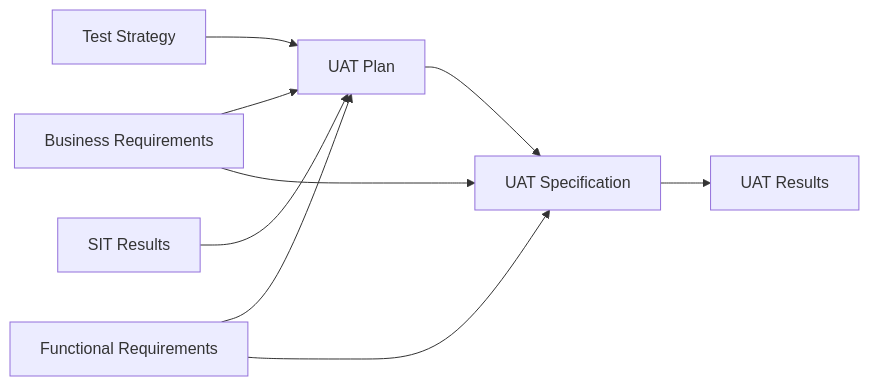
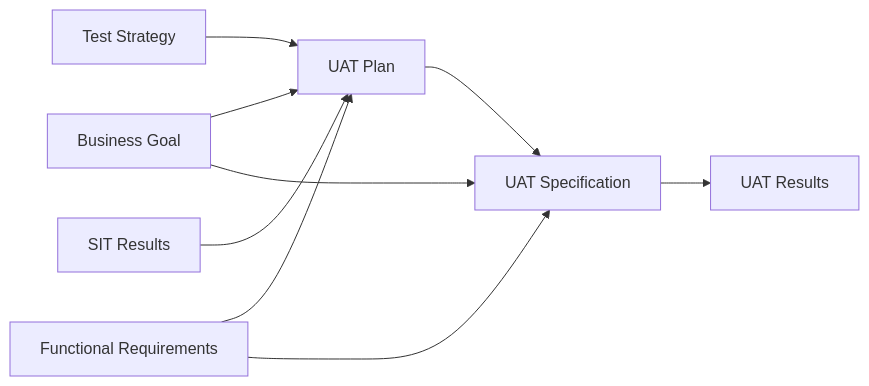
Diagram 14 of 15 in specs/artifact-relationships.md (mahitotsu/ukiyoue), drawn with Mermaid before and after one commit. The commit also changed other lines of this file and 7 other files, not shown here.

````diff
--- a/specs/artifact-relationships.md
+++ b/specs/artifact-relationships.md
@@ -520,13 +516,13 @@
 ```mermaid
 graph LR
     TestStrat[Test Strategy] --> UATPlan[UAT Plan]
-    BizReq[Business Requirements] --> UATPlan
+    BizGoal[Business Goal] --> UATPlan
     FuncReq[Functional Requirements] --> UATPlan
     SITResults[SIT Results] --> UATPlan
 
     UATPlan --> UATSpec[UAT Specification]
-    BizReq --> UATSpec
+    BizGoal --> UATSpec
     FuncReq --> UATSpec
 
     UATSpec --> UATResults[UAT Results]
 ```
````
